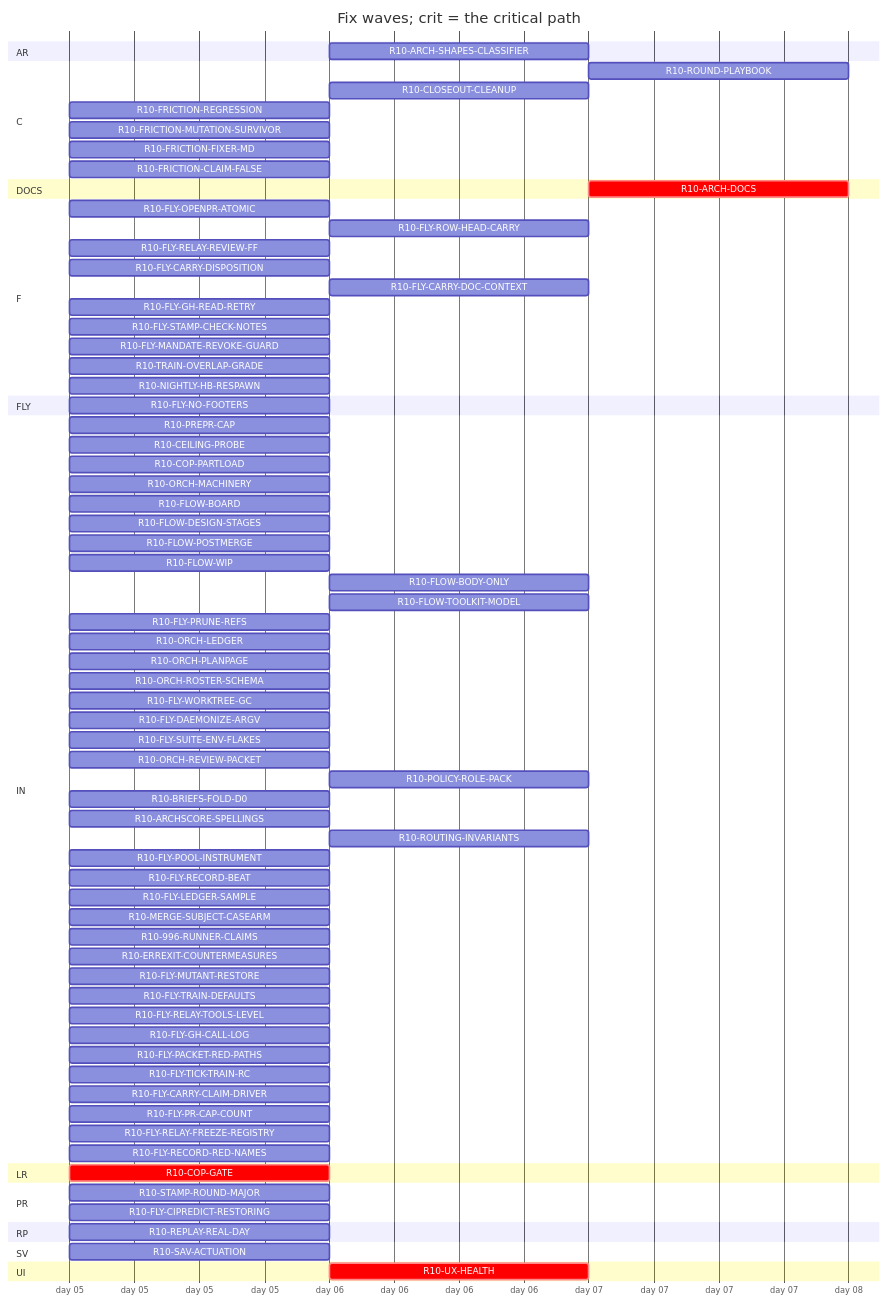
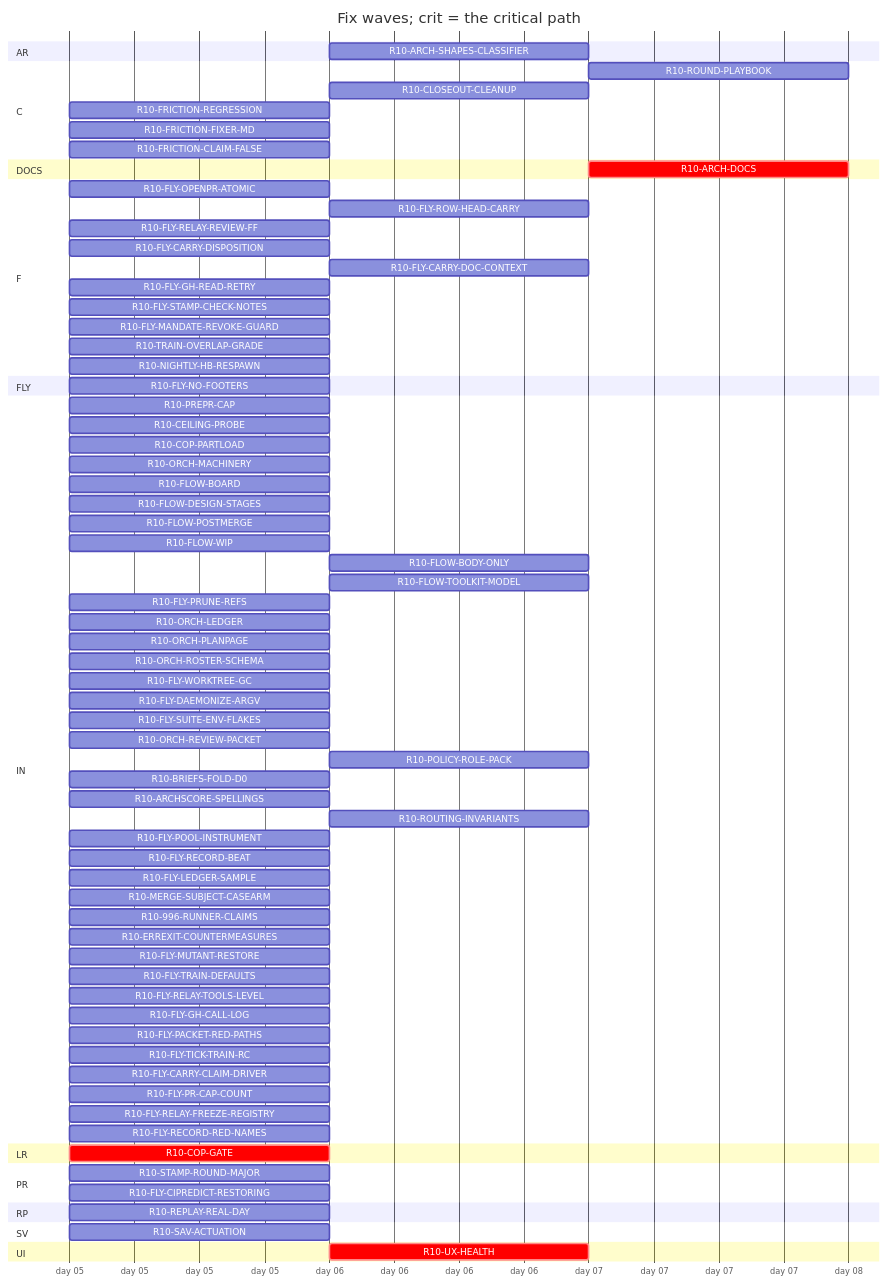
Before and after one commit to tvofi/heatpump_optimizer: the diagram in handoff/round10/state/PLAN-TABLE.md, drawn with Mermaid. The commit also changed other lines of this file and 3 other files, not shown here.

Commit message:
state: FLOW-BOARD.md, NEXT-SESSION-PROMPT.md, PLAN-TABLE.md, RESUME-CURRENT.md regenerated (state_docs.py)

````diff
--- a/handoff/round10/state/PLAN-TABLE.md
+++ b/handoff/round10/state/PLAN-TABLE.md
@@ -24,80 +24,79 @@
 ```mermaid
 gantt
   title Fix waves; crit = the critical path
   dateFormat YYYY-MM-DD
   axisFormat day %d
   section AR
     R10-ARCH-SHAPES-CLASSIFIER :r10ARCHSHAPESCLASSIFIER, after r10996RUNNERCLAIMS, 1d
   section C
     R10-ROUND-PLAYBOOK :r10ROUNDPLAYBOOK, after r10ORCHLEDGER r10ORCHPLANPAGE r10FLYRELAYREVIEWFF r10FLOWBODYONLY, 1d
     R10-CLOSEOUT-CLEANUP :r10CLOSEOUTCLEANUP, after r10FLYPRUNEREFS r10FLYWORKTREEGC, 1d
     R10-FRICTION-REGRESSION :r10FRICTIONREGRESSION, 2026-01-05, 1d
-    R10-FRICTION-MUTATION-SURVIVOR :r10FRICTIONMUTATIONSURVIVOR, 2026-01-05, 1d
     R10-FRICTION-FIXER-MD :r10FRICTIONFIXERMD, 2026-01-05, 1d
     R10-FRICTION-CLAIM-FALSE :r10FRICTIONCLAIMFALSE, 2026-01-05, 1d
   section DOCS
     R10-ARCH-DOCS :crit, r10ARCHDOCS, after r10COPGATE r10UXHEALTH r10CEILINGPROBE r10COPPARTLOAD r10FLOWBOARD r10FLOWDESIGNSTAGES r10FLOWPOSTMERGE r10FLOWWIP r10FLOWBODYONLY r10FLYOPENPRATOMIC r10FLYROWHEADCARRY r10FLYRELAYREVIEWFF r10FLYCARRYDISPOSITION r10FLYCARRYDOCCONTEXT r10FLOWTOOLKITMODEL r10FLYSTAMPCHECKNOTES r10FLYMANDATEREVOKEGUARD r10TRAINOVERLAPGRADE r10NIGHTLYHBRESPAWN r10FLYPRUNEREFS r10ORCHLEDGER r10ORCHPLANPAGE r10ORCHROSTERSCHEMA r10FLYWORKTREEGC r10FLYDAEMONIZEARGV r10ORCHREVIEWPACKET r10POLICYROLEPACK r10BRIEFSFOLDD0 r10REPLAYREALDAY r10ARCHSCORESPELLINGS r10SAVACTUATION r10FLYLEDGERSAMPLE, 1d
   section F
     R10-FLY-OPENPR-ATOMIC :r10FLYOPENPRATOMIC, 2026-01-05, 1d
     R10-FLY-ROW-HEAD-CARRY :r10FLYROWHEADCARRY, after r10FLYOPENPRATOMIC, 1d
     R10-FLY-RELAY-REVIEW-FF :r10FLYRELAYREVIEWFF, 2026-01-05, 1d
     R10-FLY-CARRY-DISPOSITION :r10FLYCARRYDISPOSITION, 2026-01-05, 1d
     R10-FLY-CARRY-DOC-CONTEXT :r10FLYCARRYDOCCONTEXT, after r10FLYGHREADRETRY, 1d
     R10-FLY-GH-READ-RETRY :r10FLYGHREADRETRY, 2026-01-05, 1d
     R10-FLY-STAMP-CHECK-NOTES :r10FLYSTAMPCHECKNOTES, 2026-01-05, 1d
     R10-FLY-MANDATE-REVOKE-GUARD :r10FLYMANDATEREVOKEGUARD, 2026-01-05, 1d
     R10-TRAIN-OVERLAP-GRADE :r10TRAINOVERLAPGRADE, 2026-01-05, 1d
     R10-NIGHTLY-HB-RESPAWN :r10NIGHTLYHBRESPAWN, 2026-01-05, 1d
   section FLY
     R10-FLY-NO-FOOTERS :r10FLYNOFOOTERS, 2026-01-05, 1d
   section IN
     R10-PREPR-CAP :r10PREPRCAP, 2026-01-05, 1d
     R10-CEILING-PROBE :r10CEILINGPROBE, 2026-01-05, 1d
     R10-COP-PARTLOAD :r10COPPARTLOAD, 2026-01-05, 1d
     R10-ORCH-MACHINERY :r10ORCHMACHINERY, 2026-01-05, 1d
     R10-FLOW-BOARD :r10FLOWBOARD, 2026-01-05, 1d
     R10-FLOW-DESIGN-STAGES :r10FLOWDESIGNSTAGES, 2026-01-05, 1d
     R10-FLOW-POSTMERGE :r10FLOWPOSTMERGE, 2026-01-05, 1d
     R10-FLOW-WIP :r10FLOWWIP, 2026-01-05, 1d
     R10-FLOW-BODY-ONLY :r10FLOWBODYONLY, after r10FLYOPENPRATOMIC, 1d
     R10-FLOW-TOOLKIT-MODEL :r10FLOWTOOLKITMODEL, after r10ORCHPLANPAGE, 1d
     R10-FLY-PRUNE-REFS :r10FLYPRUNEREFS, 2026-01-05, 1d
     R10-ORCH-LEDGER :r10ORCHLEDGER, 2026-01-05, 1d
     R10-ORCH-PLANPAGE :r10ORCHPLANPAGE, 2026-01-05, 1d
     R10-ORCH-ROSTER-SCHEMA :r10ORCHROSTERSCHEMA, 2026-01-05, 1d
     R10-FLY-WORKTREE-GC :r10FLYWORKTREEGC, 2026-01-05, 1d
     R10-FLY-DAEMONIZE-ARGV :r10FLYDAEMONIZEARGV, 2026-01-05, 1d
     R10-FLY-SUITE-ENV-FLAKES :r10FLYSUITEENVFLAKES, 2026-01-05, 1d
     R10-ORCH-REVIEW-PACKET :r10ORCHREVIEWPACKET, 2026-01-05, 1d
     R10-POLICY-ROLE-PACK :r10POLICYROLEPACK, after r10FLOWDESIGNSTAGES, 1d
     R10-BRIEFS-FOLD-D0 :r10BRIEFSFOLDD0, 2026-01-05, 1d
     R10-ARCHSCORE-SPELLINGS :r10ARCHSCORESPELLINGS, 2026-01-05, 1d
     R10-ROUTING-INVARIANTS :r10ROUTINGINVARIANTS, after r10ORCHROSTERSCHEMA, 1d
     R10-FLY-POOL-INSTRUMENT :r10FLYPOOLINSTRUMENT, 2026-01-05, 1d
     R10-FLY-RECORD-BEAT :r10FLYRECORDBEAT, 2026-01-05, 1d
     R10-FLY-LEDGER-SAMPLE :r10FLYLEDGERSAMPLE, 2026-01-05, 1d
     R10-MERGE-SUBJECT-CASEARM :r10MERGESUBJECTCASEARM, 2026-01-05, 1d
     R10-996-RUNNER-CLAIMS :r10996RUNNERCLAIMS, 2026-01-05, 1d
     R10-ERREXIT-COUNTERMEASURES :r10ERREXITCOUNTERMEASURES, 2026-01-05, 1d
     R10-FLY-MUTANT-RESTORE :r10FLYMUTANTRESTORE, 2026-01-05, 1d
     R10-FLY-TRAIN-DEFAULTS :r10FLYTRAINDEFAULTS, 2026-01-05, 1d
     R10-FLY-RELAY-TOOLS-LEVEL :r10FLYRELAYTOOLSLEVEL, 2026-01-05, 1d
     R10-FLY-GH-CALL-LOG :r10FLYGHCALLLOG, 2026-01-05, 1d
     R10-FLY-PACKET-RED-PATHS :r10FLYPACKETREDPATHS, 2026-01-05, 1d
     R10-FLY-TICK-TRAIN-RC :r10FLYTICKTRAINRC, 2026-01-05, 1d
     R10-FLY-CARRY-CLAIM-DRIVER :r10FLYCARRYCLAIMDRIVER, 2026-01-05, 1d
     R10-FLY-PR-CAP-COUNT :r10FLYPRCAPCOUNT, 2026-01-05, 1d
     R10-FLY-RELAY-FREEZE-REGISTRY :r10FLYRELAYFREEZEREGISTRY, 2026-01-05, 1d
     R10-FLY-RECORD-RED-NAMES :r10FLYRECORDREDNAMES, 2026-01-05, 1d
   section LR
     R10-COP-GATE :crit, r10COPGATE, 2026-01-05, 1d
   section PR
     R10-STAMP-ROUND-MAJOR :r10STAMPROUNDMAJOR, 2026-01-05, 1d
     R10-FLY-CIPREDICT-RESTORING :r10FLYCIPREDICTRESTORING, 2026-01-05, 1d
   section RP
     R10-REPLAY-REAL-DAY :r10REPLAYREALDAY, 2026-01-05, 1d
   section SV
     R10-SAV-ACTUATION :r10SAVACTUATION, 2026-01-05, 1d
   section UI
     R10-UX-HEALTH :crit, r10UXHEALTH, after r10COPGATE, 1d
 ```
````
